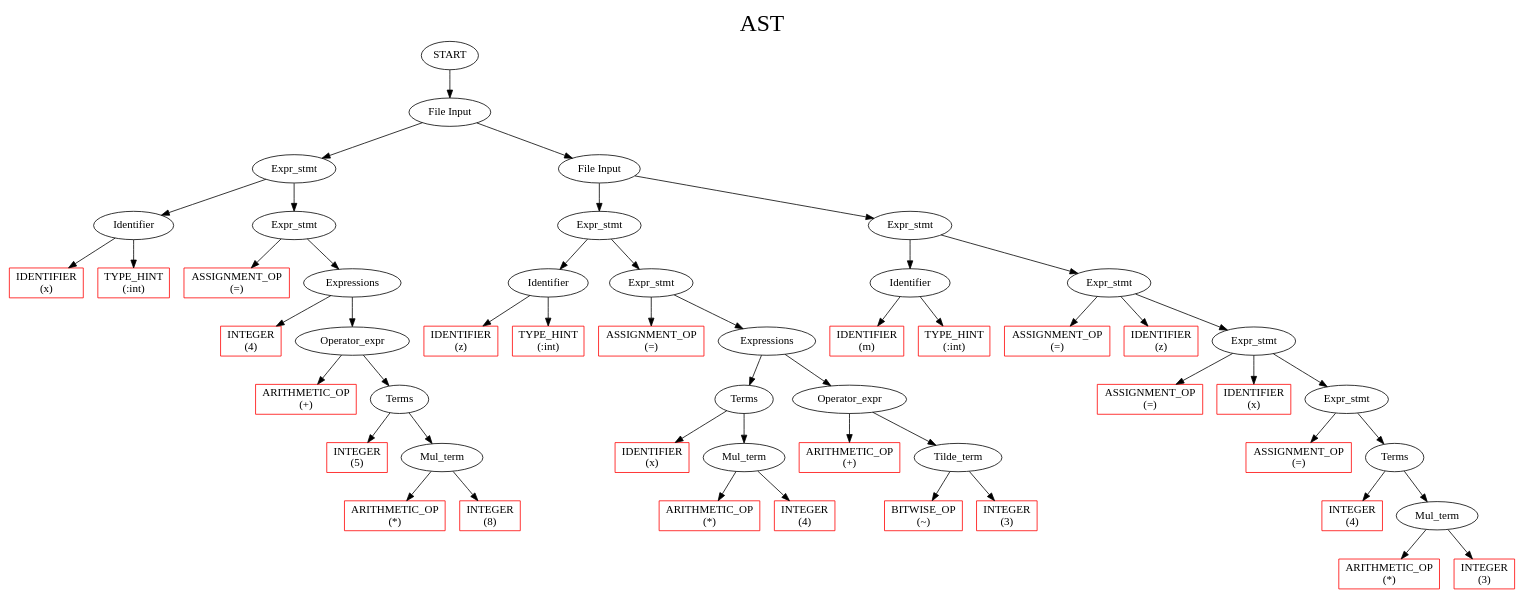
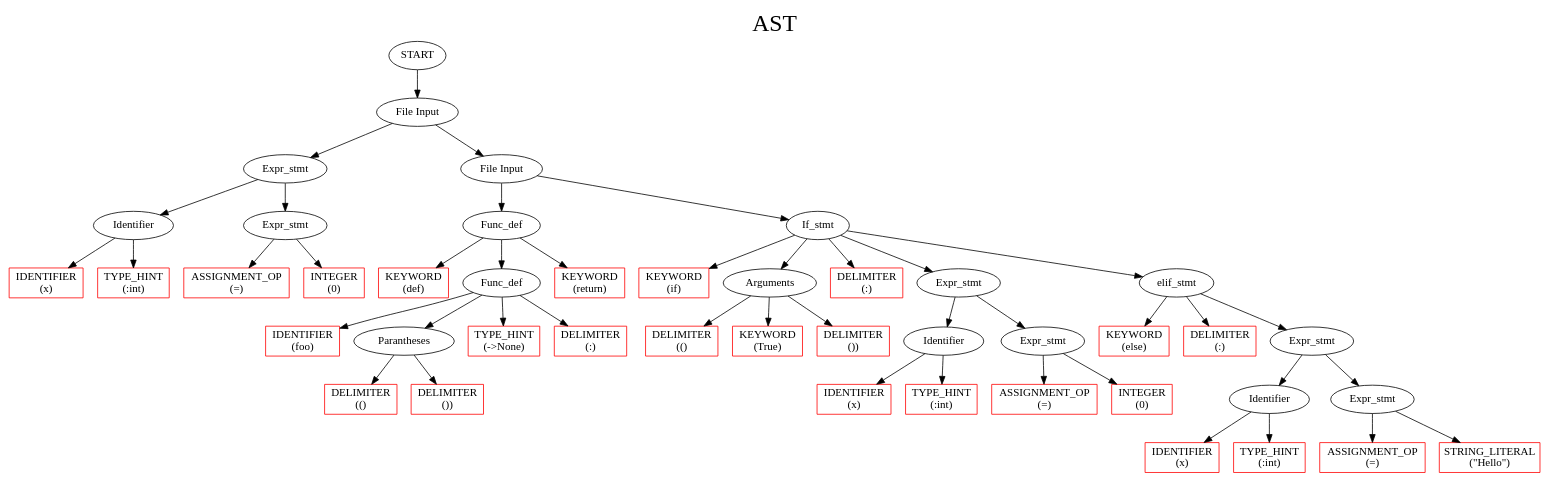
The diagram in output.dot (depanshu357/CS335-Compiler), drawn with Graphviz before and after one commit. The commit also changed 6 other files, not shown here.

```diff
--- a/output.dot
+++ b/output.dot
@@ -1,139 +1,122 @@
 digraph G{
 
 label     = "AST"
 fontname  = "Cascadia code"
 fontsize  = 30
 labelloc  = t
 
 node   [ fontname="Cascadia code" ]
-	140		[ style = solid label = "START"  ];
-	140 -> 139
-	139		[ style = solid label = "File Input"  ];
-	139 -> 36
-	36		[ style = solid label = "Expr_stmt"  ];
-	36 -> 2
+	126		[ style = solid label = "START"  ];
+	126 -> 125
+	125		[ style = solid label = "File Input"  ];
+	125 -> 26
+	26		[ style = solid label = "Expr_stmt"  ];
+	26 -> 2
 	2		[ style = solid label = "Identifier"  ];
 	2 -> 0
 	0		[ style = solid label = "IDENTIFIER 
 (x)" color = red shape = rectangle ];
 	2 -> 1
 	1		[ style = solid label = "TYPE_HINT 
 (:int)" color = red shape = rectangle ];
-	36 -> 35
-	35		[ style = solid label = "Expr_stmt"  ];
-	35 -> 3
+	26 -> 25
+	25		[ style = solid label = "Expr_stmt"  ];
+	25 -> 3
 	3		[ style = solid label = "ASSIGNMENT_OP 
 (=)" color = red shape = rectangle ];
-	35 -> 27
-	27		[ style = solid label = "Expressions"  ];
-	27 -> 14
+	25 -> 14
 	14		[ style = solid label = "INTEGER 
-(4)" color = red shape = rectangle ];
-	27 -> 26
-	26		[ style = solid label = "Operator_expr"  ];
-	26 -> 15
-	15		[ style = solid label = "ARITHMETIC_OP 
-(+)" color = red shape = rectangle ];
-	26 -> 25
-	25		[ style = solid label = "Terms"  ];
-	25 -> 18
-	18		[ style = solid label = "INTEGER 
-(5)" color = red shape = rectangle ];
-	25 -> 23
-	23		[ style = solid label = "Mul_term"  ];
-	23 -> 19
-	19		[ style = solid label = "ARITHMETIC_OP 
-(*)" color = red shape = rectangle ];
-	23 -> 21
-	21		[ style = solid label = "INTEGER 
-(8)" color = red shape = rectangle ];
-	139 -> 138
-	138		[ style = solid label = "File Input"  ];
-	138 -> 76
-	76		[ style = solid label = "Expr_stmt"  ];
-	76 -> 40
-	40		[ style = solid label = "Identifier"  ];
-	40 -> 38
-	38		[ style = solid label = "IDENTIFIER 
-(z)" color = red shape = rectangle ];
-	40 -> 39
-	39		[ style = solid label = "TYPE_HINT 
+(0)" color = red shape = rectangle ];
+	125 -> 124
+	124		[ style = solid label = "File Input"  ];
+	124 -> 38
+	38		[ style = solid label = "Func_def"  ];
+	38 -> 28
+	28		[ style = solid label = "KEYWORD 
+(def)" color = red shape = rectangle ];
+	38 -> 35
+	35		[ style = solid label = "Func_def"  ];
+	35 -> 29
+	29		[ style = solid label = "IDENTIFIER 
+(foo)" color = red shape = rectangle ];
+	35 -> 32
+	32		[ style = solid label = "Parantheses"  ];
+	32 -> 30
+	30		[ style = solid label = "DELIMITER 
+(()" color = red shape = rectangle ];
+	32 -> 31
+	31		[ style = solid label = "DELIMITER 
+())" color = red shape = rectangle ];
+	35 -> 33
+	33		[ style = solid label = "TYPE_HINT 
+(->None)" color = red shape = rectangle ];
+	35 -> 34
+	34		[ style = solid label = "DELIMITER 
+(:)" color = red shape = rectangle ];
+	38 -> 36
+	36		[ style = solid label = "KEYWORD 
+(return)" color = red shape = rectangle ];
+	124 -> 122
+	122		[ style = solid label = "If_stmt"  ];
+	122 -> 39
+	39		[ style = solid label = "KEYWORD 
+(if)" color = red shape = rectangle ];
+	122 -> 52
+	52		[ style = solid label = "Arguments"  ];
+	52 -> 40
+	40		[ style = solid label = "DELIMITER 
+(()" color = red shape = rectangle ];
+	52 -> 41
+	41		[ style = solid label = "KEYWORD 
+(True)" color = red shape = rectangle ];
+	52 -> 42
+	42		[ style = solid label = "DELIMITER 
+())" color = red shape = rectangle ];
+	122 -> 53
+	53		[ style = solid label = "DELIMITER 
+(:)" color = red shape = rectangle ];
+	122 -> 89
+	89		[ style = solid label = "Expr_stmt"  ];
+	89 -> 65
+	65		[ style = solid label = "Identifier"  ];
+	65 -> 63
+	63		[ style = solid label = "IDENTIFIER 
+(x)" color = red shape = rectangle ];
+	65 -> 64
+	64		[ style = solid label = "TYPE_HINT 
 (:int)" color = red shape = rectangle ];
-	76 -> 75
-	75		[ style = solid label = "Expr_stmt"  ];
-	75 -> 41
-	41		[ style = solid label = "ASSIGNMENT_OP 
+	89 -> 88
+	88		[ style = solid label = "Expr_stmt"  ];
+	88 -> 66
+	66		[ style = solid label = "ASSIGNMENT_OP 
 (=)" color = red shape = rectangle ];
-	75 -> 67
-	67		[ style = solid label = "Expressions"  ];
-	67 -> 60
-	60		[ style = solid label = "Terms"  ];
-	60 -> 52
-	52		[ style = solid label = "IDENTIFIER 
+	88 -> 77
+	77		[ style = solid label = "INTEGER 
+(0)" color = red shape = rectangle ];
+	122 -> 121
+	121		[ style = solid label = "elif_stmt"  ];
+	121 -> 91
+	91		[ style = solid label = "KEYWORD 
+(else)" color = red shape = rectangle ];
+	121 -> 92
+	92		[ style = solid label = "DELIMITER 
+(:)" color = red shape = rectangle ];
+	121 -> 119
+	119		[ style = solid label = "Expr_stmt"  ];
+	119 -> 95
+	95		[ style = solid label = "Identifier"  ];
+	95 -> 93
+	93		[ style = solid label = "IDENTIFIER 
 (x)" color = red shape = rectangle ];
-	60 -> 58
-	58		[ style = solid label = "Mul_term"  ];
-	58 -> 53
-	53		[ style = solid label = "ARITHMETIC_OP 
-(*)" color = red shape = rectangle ];
-	58 -> 55
-	55		[ style = solid label = "INTEGER 
-(4)" color = red shape = rectangle ];
-	67 -> 66
-	66		[ style = solid label = "Operator_expr"  ];
-	66 -> 56
-	56		[ style = solid label = "ARITHMETIC_OP 
-(+)" color = red shape = rectangle ];
-	66 -> 64
-	64		[ style = solid label = "Tilde_term"  ];
-	64 -> 61
-	61		[ style = solid label = "BITWISE_OP 
-(~)" color = red shape = rectangle ];
-	64 -> 62
-	62		[ style = solid label = "INTEGER 
-(3)" color = red shape = rectangle ];
-	138 -> 135
-	135		[ style = solid label = "Expr_stmt"  ];
-	135 -> 80
-	80		[ style = solid label = "Identifier"  ];
-	80 -> 78
-	78		[ style = solid label = "IDENTIFIER 
-(m)" color = red shape = rectangle ];
-	80 -> 79
-	79		[ style = solid label = "TYPE_HINT 
+	95 -> 94
+	94		[ style = solid label = "TYPE_HINT 
 (:int)" color = red shape = rectangle ];
-	135 -> 134
-	134		[ style = solid label = "Expr_stmt"  ];
-	134 -> 81
-	81		[ style = solid label = "ASSIGNMENT_OP 
+	119 -> 118
+	118		[ style = solid label = "Expr_stmt"  ];
+	118 -> 96
+	96		[ style = solid label = "ASSIGNMENT_OP 
 (=)" color = red shape = rectangle ];
-	134 -> 92
-	92		[ style = solid label = "IDENTIFIER 
-(z)" color = red shape = rectangle ];
-	134 -> 133
-	133		[ style = solid label = "Expr_stmt"  ];
-	133 -> 93
-	93		[ style = solid label = "ASSIGNMENT_OP 
-(=)" color = red shape = rectangle ];
-	133 -> 104
-	104		[ style = solid label = "IDENTIFIER 
-(x)" color = red shape = rectangle ];
-	133 -> 132
-	132		[ style = solid label = "Expr_stmt"  ];
-	132 -> 105
-	105		[ style = solid label = "ASSIGNMENT_OP 
-(=)" color = red shape = rectangle ];
-	132 -> 123
-	123		[ style = solid label = "Terms"  ];
-	123 -> 116
-	116		[ style = solid label = "INTEGER 
-(4)" color = red shape = rectangle ];
-	123 -> 121
-	121		[ style = solid label = "Mul_term"  ];
-	121 -> 117
-	117		[ style = solid label = "ARITHMETIC_OP 
-(*)" color = red shape = rectangle ];
-	121 -> 119
-	119		[ style = solid label = "INTEGER 
-(3)" color = red shape = rectangle ];
+	118 -> 107
+	107		[ style = solid label = "STRING_LITERAL 
+(\"Hello\")" color = red shape = rectangle ];
 }
```
